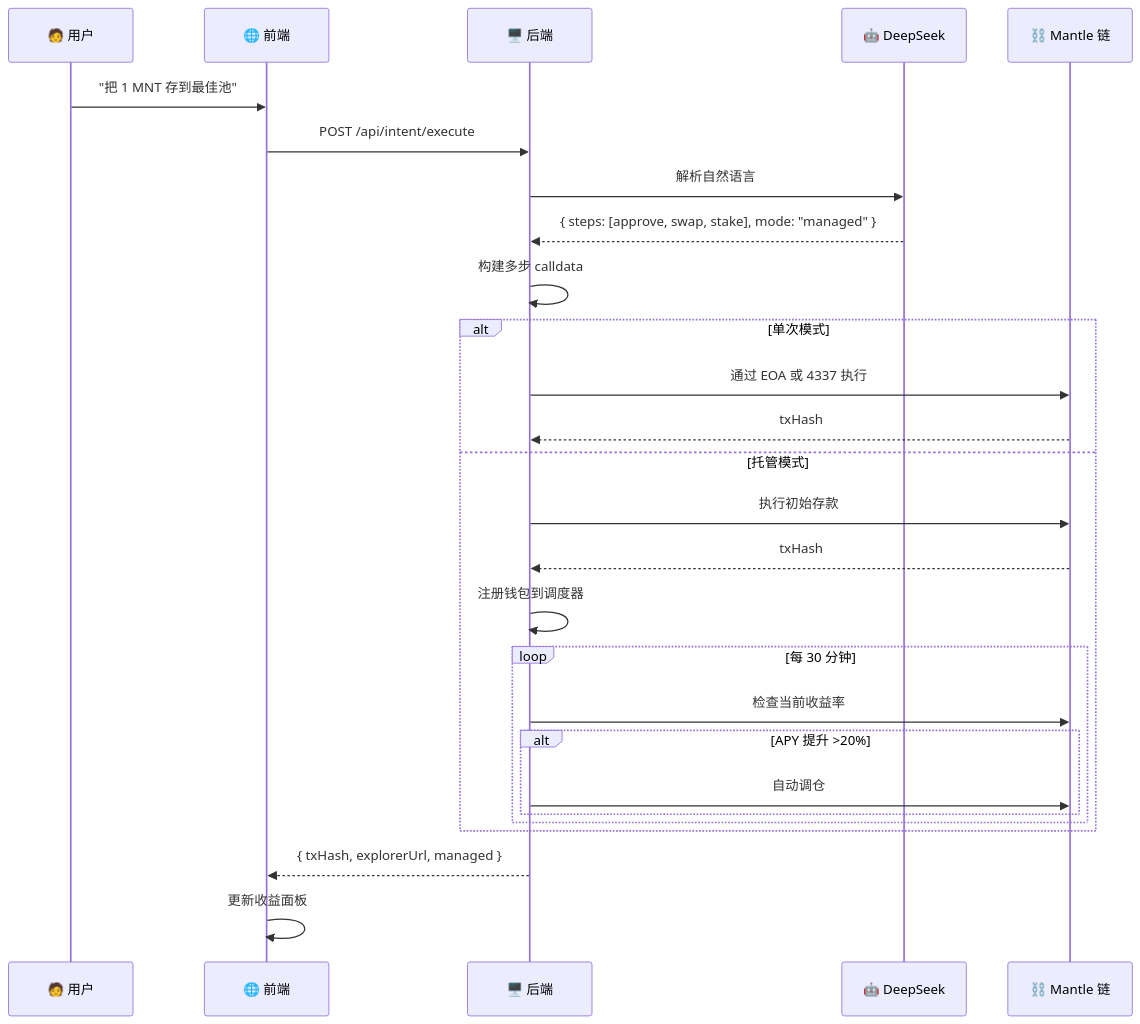
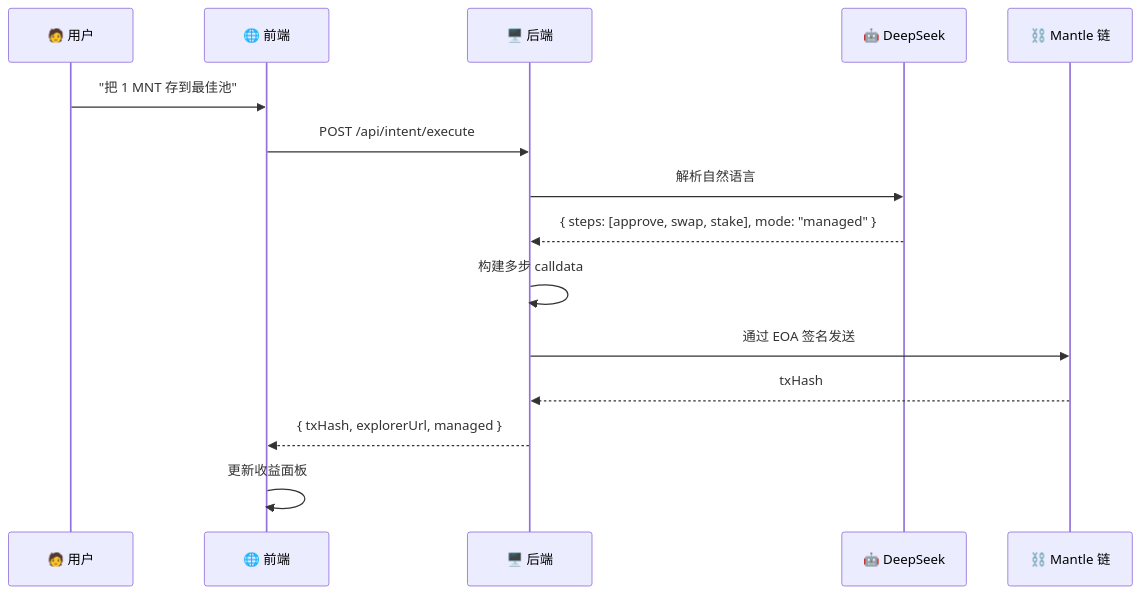
Before and after one commit to cxllllllllll28/payfilp: the fourth of 4 diagrams in README.md, drawn with Mermaid. The commit also changed other lines of this file and 6 other files, not shown here.

````diff
--- a/README.md
+++ b/README.md
@@ -667,30 +621,18 @@
 ```mermaid
 sequenceDiagram
     participant U as 🧑 用户
     participant F as 🌐 前端
     participant B as 🖥️ 后端
     participant AI as 🤖 DeepSeek
     participant BC as ⛓️ Mantle 链
 
     U->>F: "把 1 MNT 存到最佳池"
     F->>B: POST /api/intent/execute
     B->>AI: 解析自然语言
     AI-->>B: { steps: [approve, swap, stake], mode: "managed" }
     B->>B: 构建多步 calldata
-    alt 单次模式
-        B->>BC: 通过 EOA 或 4337 执行
-        BC-->>B: txHash
-    else 托管模式
-        B->>BC: 执行初始存款
-        BC-->>B: txHash
-        B->>B: 注册钱包到调度器
-        loop 每 30 分钟
-            B->>BC: 检查当前收益率
-            alt APY 提升 >20%
-                B->>BC: 自动调仓
-            end
-        end
-    end
+    B->>BC: 通过 EOA 签名发送
+    BC-->>B: txHash
     B-->>F: { txHash, explorerUrl, managed }
     F->>F: 更新收益面板
 ```
````
